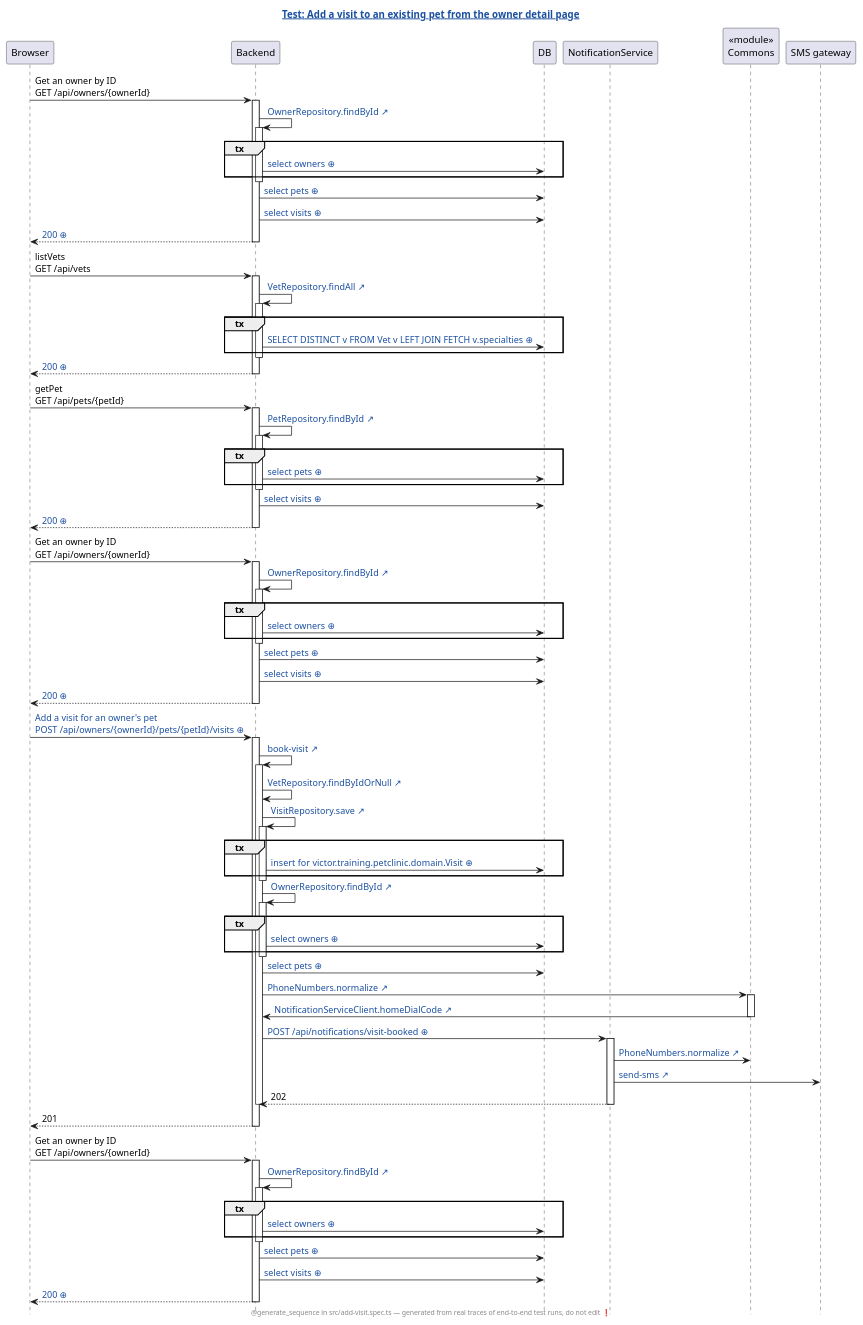
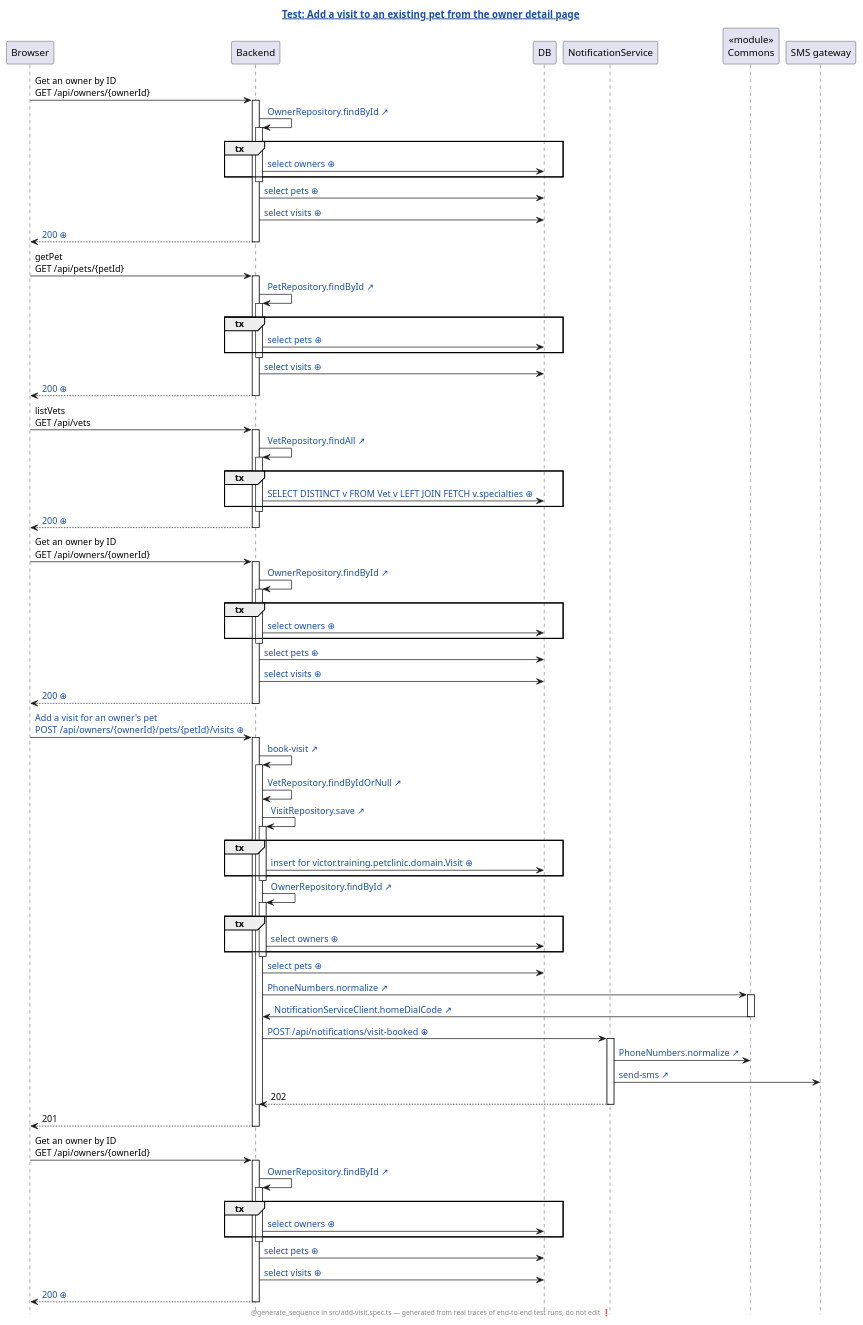
One commit to AgustinOliver98/human-review changed the diagram in demo/demo/assets/genseq/petclinic-test/generated/add-visit.spec.ts.add-a-visit-to-an-existing-pet-from-the-owner-detail-page.genseq.puml. Above: the diagram before and after it, drawn with PlantUML. The commit also changed 229 other files, not shown here.

```diff
--- a/demo/demo/assets/genseq/petclinic-test/generated/add-visit.spec.ts.add-a-visit-to-an-existing-pet-from-the-owner-detail-page.genseq.puml
+++ b/demo/demo/assets/genseq/petclinic-test/generated/add-visit.spec.ts.add-a-visit-to-an-existing-pet-from-the-owner-detail-page.genseq.puml
@@ -1,102 +1,102 @@
 @startuml
 ' ⚠️  GENERATED FILE — DO NOT EDIT. Every edit is lost on the next run.
 hide footbox
 skinparam hyperlinkUnderline false
 skinparam hyperlinkColor #1A4FA0
 title [[src://petclinic-test/src/add-visit.spec.ts:34{Click to open the test} Test: Add a visit to an existing pet from the owner detail page]]
 footer @generate_sequence in src/add-visit.spec.ts — generated from real traces of end-to-end test runs, do not edit ❗
 participant Browser
 participant Backend
 participant DB
 participant NotificationService
 participant "«module»\nCommons" as Commons
 participant "SMS gateway"
 Browser -> Backend: Get an owner by ID\nGET /api/owners/{ownerId}
 activate Backend
 Backend -> Backend: [[src://petclinic-backend/src/main/java/victor/training/petclinic/repository/OwnerRepository.java:14{Click to open OwnerRepository.findById} OwnerRepository.findById ↗]]
 activate Backend
 group tx
 Backend -> DB: [[genseq://0x8aana{Click for the statement behind this call} select owners ⊕]]
 end
 deactivate Backend
 Backend -> DB: [[genseq://18567ho{Click for the statement behind this call} select pets ⊕]]
 Backend -> DB: [[genseq://1eq1h2q{Click for the statement behind this call} select visits ⊕]]
 Backend --> Browser: [[genseq://1bhasc1{Click for this call’s JSON body} 200 ⊕]]
 deactivate Backend
-Browser -> Backend: listVets\nGET /api/vets
-activate Backend
-Backend -> Backend: [[src://petclinic-backend/src/main/java/victor/training/petclinic/repository/VetRepository.java:13{Click to open VetRepository.findAll} VetRepository.findAll ↗]]
-activate Backend
-group tx
-Backend -> DB: [[genseq://0p6yxbc{Click for the statement behind this call} SELECT DISTINCT v FROM Vet v LEFT JOIN FETCH v.specialties ⊕]]
-end
-deactivate Backend
-Backend --> Browser: [[genseq://1nmg2oo{Click for this call’s JSON body} 200 ⊕]]
-deactivate Backend
 Browser -> Backend: getPet\nGET /api/pets/{petId}
 activate Backend
 Backend -> Backend: [[src://petclinic-backend/src/main/java/victor/training/petclinic/repository/PetRepository.java:16{Click to open PetRepository.findById} PetRepository.findById ↗]]
 activate Backend
 group tx
 Backend -> DB: [[genseq://0y7w2ps{Click for the statement behind this call} select pets ⊕]]
 end
 deactivate Backend
 Backend -> DB: [[genseq://1eq1h2q{Click for the statement behind this call} select visits ⊕]]
 Backend --> Browser: [[genseq://0n1gsl8{Click for this call’s JSON body} 200 ⊕]]
+deactivate Backend
+Browser -> Backend: listVets\nGET /api/vets
+activate Backend
+Backend -> Backend: [[src://petclinic-backend/src/main/java/victor/training/petclinic/repository/VetRepository.java:13{Click to open VetRepository.findAll} VetRepository.findAll ↗]]
+activate Backend
+group tx
+Backend -> DB: [[genseq://0p6yxbc{Click for the statement behind this call} SELECT DISTINCT v FROM Vet v LEFT JOIN FETCH v.specialties ⊕]]
+end
+deactivate Backend
+Backend --> Browser: [[genseq://1nmg2oo{Click for this call’s JSON body} 200 ⊕]]
 deactivate Backend
 Browser -> Backend: Get an owner by ID\nGET /api/owners/{ownerId}
 activate Backend
 Backend -> Backend: [[src://petclinic-backend/src/main/java/victor/training/petclinic/repository/OwnerRepository.java:14{Click to open OwnerRepository.findById} OwnerRepository.findById ↗]]
 activate Backend
 group tx
 Backend -> DB: [[genseq://0x8aana{Click for the statement behind this call} select owners ⊕]]
 end
 deactivate Backend
 Backend -> DB: [[genseq://18567ho{Click for the statement behind this call} select pets ⊕]]
 Backend -> DB: [[genseq://1eq1h2q{Click for the statement behind this call} select visits ⊕]]
 Backend --> Browser: [[genseq://1bhasc1{Click for this call’s JSON body} 200 ⊕]]
 deactivate Backend
-Browser -> Backend: [[genseq://0xspel8{Click for this call’s JSON body} Add a visit for an owner's pet\nPOST /api/owners/{ownerId}/pets/{petId}/visits ⊕]]
+Browser -> Backend: [[genseq://109mfig{Click for this call’s JSON body} Add a visit for an owner's pet\nPOST /api/owners/{ownerId}/pets/{petId}/visits ⊕]]
 activate Backend
 Backend -> Backend: [[src://petclinic-backend/src/main/java/victor/training/petclinic/rest/OwnerRestController.java:193{Click to open OwnerRestController.bookVisit} book-visit ↗]]
 activate Backend
 Backend -> Backend: [[src://petclinic-backend/src/main/java/victor/training/petclinic/repository/VetRepository.java:19{Click to open VetRepository.findByIdOrNull} VetRepository.findByIdOrNull ↗]]
 Backend -> Backend: [[src://petclinic-backend/src/main/java/victor/training/petclinic/repository/VisitRepository.java:14{Click to open VisitRepository.save} VisitRepository.save ↗]]
 activate Backend
 group tx
-Backend -> DB: [[genseq://1n8576n{Click for the statement behind this call} insert for victor.training.petclinic.domain.Visit ⊕]]
+Backend -> DB: [[genseq://1ed6113{Click for the statement behind this call} insert for victor.training.petclinic.domain.Visit ⊕]]
 end
 deactivate Backend
 Backend -> Backend: [[src://petclinic-backend/src/main/java/victor/training/petclinic/repository/OwnerRepository.java:14{Click to open OwnerRepository.findById} OwnerRepository.findById ↗]]
 activate Backend
 group tx
 Backend -> DB: [[genseq://0x8aana{Click for the statement behind this call} select owners ⊕]]
 end
 deactivate Backend
 Backend -> DB: [[genseq://18567ho{Click for the statement behind this call} select pets ⊕]]
 Backend -> Commons: [[src://petclinic-commons/src/main/java/victor/training/commons/PhoneNumbers.java:14{Click to open PhoneNumbers.normalize} PhoneNumbers.normalize ↗]]
 activate Commons
 Commons -> Backend: [[src://petclinic-backend/src/main/java/victor/training/petclinic/notification/NotificationServiceClient.java:45{Click to open NotificationServiceClient.homeDialCode} NotificationServiceClient.homeDialCode ↗]]
 deactivate Commons
 Backend -> NotificationService: [[genseq://1p4ogm5{Click for this call’s JSON body} POST /api/notifications/visit-booked ⊕]]
 activate NotificationService
 NotificationService -> Commons: [[src://petclinic-commons/src/main/java/victor/training/commons/PhoneNumbers.java:8{Click to open PhoneNumbers.normalize} PhoneNumbers.normalize ↗]]
 NotificationService -> "SMS gateway": [[src://notification-service/src/main/java/victor/training/notification/SmsGateway.java:23{Click to open SmsGateway.send} send-sms ↗]]
 NotificationService --> Backend: 202
 deactivate NotificationService
 deactivate Backend
 Backend --> Browser: 201
 deactivate Backend
 Browser -> Backend: Get an owner by ID\nGET /api/owners/{ownerId}
 activate Backend
 Backend -> Backend: [[src://petclinic-backend/src/main/java/victor/training/petclinic/repository/OwnerRepository.java:14{Click to open OwnerRepository.findById} OwnerRepository.findById ↗]]
 activate Backend
 group tx
 Backend -> DB: [[genseq://0x8aana{Click for the statement behind this call} select owners ⊕]]
 end
 deactivate Backend
 Backend -> DB: [[genseq://18567ho{Click for the statement behind this call} select pets ⊕]]
 Backend -> DB: [[genseq://1eq1h2q{Click for the statement behind this call} select visits ⊕]]
-Backend --> Browser: [[genseq://19s6tx2{Click for this call’s JSON body} 200 ⊕]]
+Backend --> Browser: [[genseq://14gvgwi{Click for this call’s JSON body} 200 ⊕]]
 deactivate Backend
 @enduml
```
